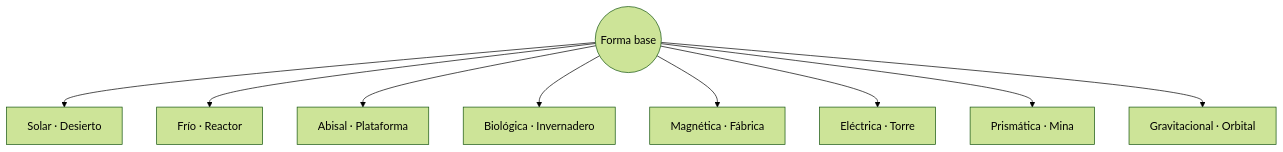
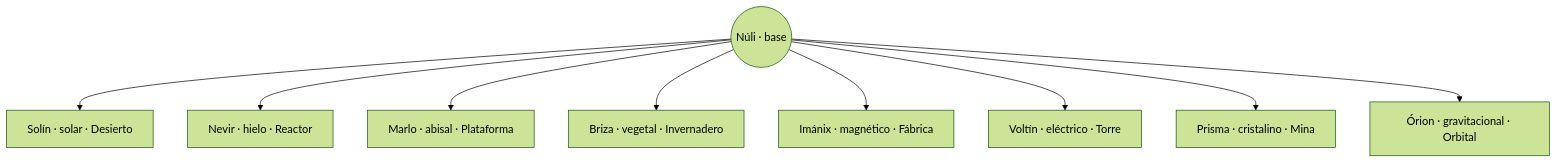
The first of 2 diagrams in docs/design/ISSUE-5_MASCOTAS_EVOLUTIVAS.md (EdisonDavid3/ciudad-faro), drawn with Mermaid (forest theme) before and after one commit. The commit also changed other lines of this file and 2 other files, not shown here.

First line of the commit message:
docs(issue-5): v2 con la dirección visual aprobada (Fanal, Núli y ocho formas)

````diff
--- a/docs/design/ISSUE-5_MASCOTAS_EVOLUTIVAS.md
+++ b/docs/design/ISSUE-5_MASCOTAS_EVOLUTIVAS.md
@@ -64,12 +82,12 @@
 ```mermaid
 flowchart TB
-    B(("Forma base"))
-    B --> S["Solar · Desierto"]
-    B --> F["Frío · Reactor"]
-    B --> A["Abisal · Plataforma"]
-    B --> V["Biológica · Invernadero"]
-    B --> M["Magnética · Fábrica"]
-    B --> E["Eléctrica · Torre"]
-    B --> P["Prismática · Mina"]
-    B --> G["Gravitacional · Orbital"]
+    B(("Núli · base"))
+    B --> S["Solín · solar · Desierto"]
+    B --> F["Nevir · hielo · Reactor"]
+    B --> A["Marlo · abisal · Plataforma"]
+    B --> V["Briza · vegetal · Invernadero"]
+    B --> M["Imánix · magnético · Fábrica"]
+    B --> E["Voltín · eléctrico · Torre"]
+    B --> P["Prisma · cristalino · Mina"]
+    B --> G["Órion · gravitacional · Orbital"]
 ```
````
